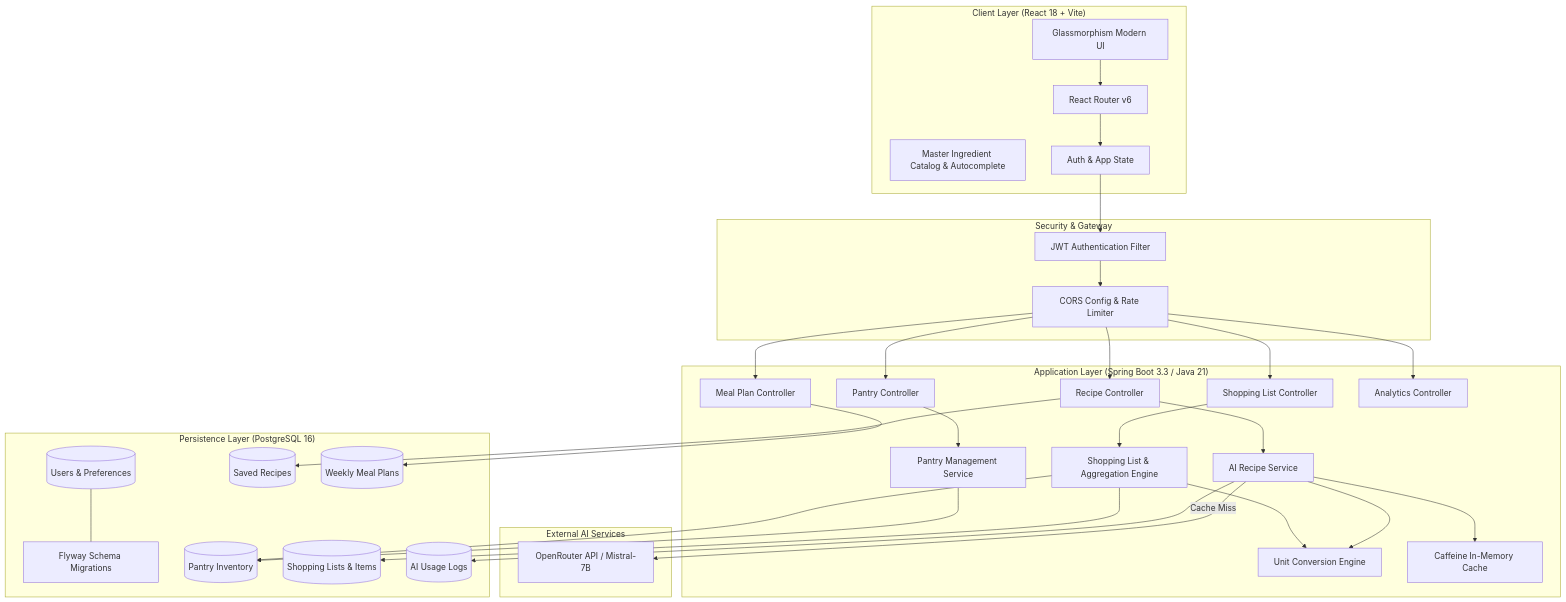
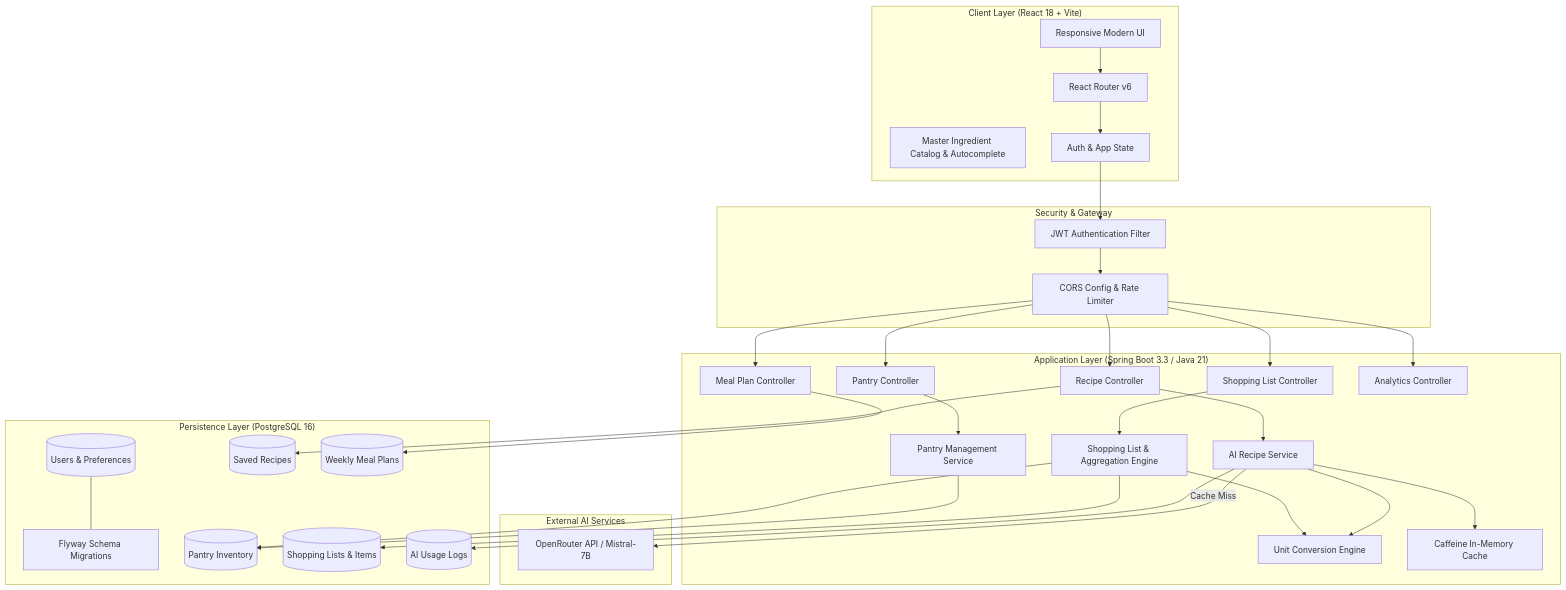
The first of 2 diagrams in README.md (jayeshahir09/MealCraft), drawn with Mermaid before and after one commit. The commit also changed other lines of this file, not shown here.

Commit message:
docs: update platform overview and architectural documentation in README

````diff
--- a/README.md
+++ b/README.md
@@ -17,63 +17,63 @@
 ```mermaid
 flowchart TB
     subgraph Client ["Client Layer (React 18 + Vite)"]
-        UI[Glassmorphism Modern UI]
+        UI[Responsive Modern UI]
         Router[React Router v6]
         CatalogUI[Master Ingredient Catalog & Autocomplete]
         State[Auth & App State]
     end
 
     subgraph Security ["Security & Gateway"]
         JWT[JWT Authentication Filter]
         CORS[CORS Config & Rate Limiter]
     end
 
     subgraph Backend ["Application Layer (Spring Boot 3.3 / Java 21)"]
         RC[Recipe Controller]
         PC[Pantry Controller]
         MC[Meal Plan Controller]
         SC[Shopping List Controller]
         AC[Analytics Controller]
 
         AIService[AI Recipe Service]
         UnitConv[Unit Conversion Engine]
         ShoppingService[Shopping List & Aggregation Engine]
         PantryService[Pantry Management Service]
 
         Cache[Caffeine In-Memory Cache]
     end
 
     subgraph External ["External AI Services"]
         LLM[OpenRouter API / Mistral-7B]
     end
 
     subgraph Data ["Persistence Layer (PostgreSQL 16)"]
         Flyway[Flyway Schema Migrations]
         Users[(Users & Preferences)]
         Pantry[(Pantry Inventory)]
         Recipes[(Saved Recipes)]
         MealPlans[(Weekly Meal Plans)]
         ShoppingLists[(Shopping Lists & Items)]
         AIUsage[(AI Usage Logs)]
     end
 
     UI --> Router --> State
     State --> JWT --> CORS
     CORS --> RC & PC & MC & SC & AC
 
     RC --> AIService
     AIService --> Cache
     AIService -- Cache Miss --> LLM
     AIService --> UnitConv
 
     PC --> PantryService --> Pantry
     SC --> ShoppingService
     ShoppingService --> UnitConv
     ShoppingService --> Pantry
     ShoppingService --> ShoppingLists
 
     AIService --> AIUsage
     MC --> MealPlans
     RC --> Recipes
     Users --- Flyway
 ```
````
